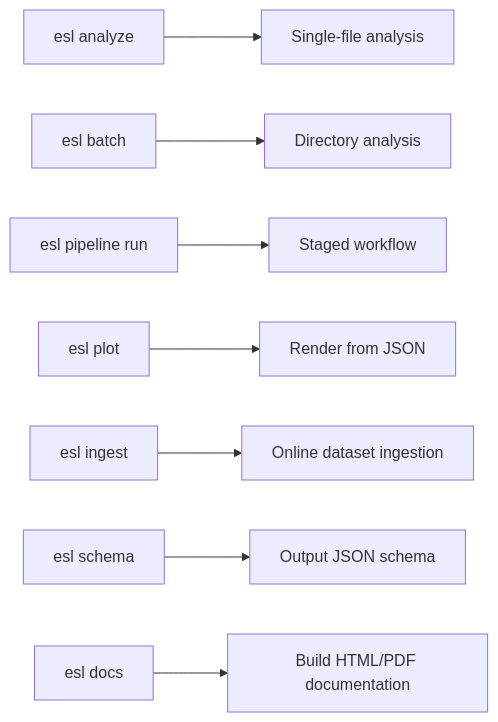
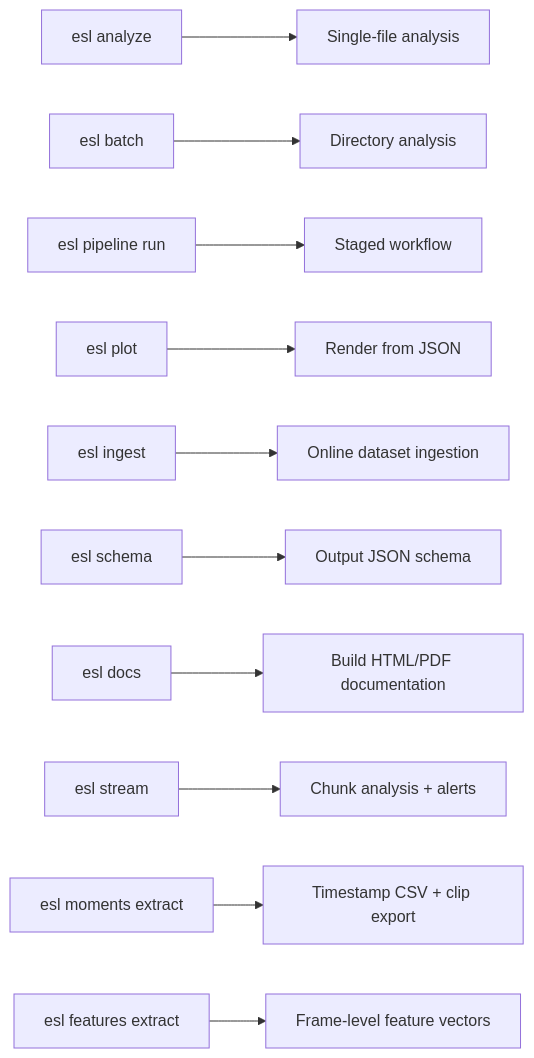
The fourth of 9 diagrams in README.md (TheColby/ecoSignalLab), drawn with Mermaid before and after one commit. The commit also changed other lines of this file and 20 other files, not shown here.

````diff
--- a/README.md
+++ b/README.md
@@ -105,10 +106,13 @@
 ```mermaid
 flowchart LR
     A["esl analyze"] --> A1["Single-file analysis"]
     B["esl batch"] --> B1["Directory analysis"]
     C["esl pipeline run"] --> C1["Staged workflow"]
     D["esl plot"] --> D1["Render from JSON"]
     E["esl ingest"] --> E1["Online dataset ingestion"]
     F["esl schema"] --> F1["Output JSON schema"]
     G["esl docs"] --> G1["Build HTML/PDF documentation"]
+    H["esl stream"] --> H1["Chunk analysis + alerts"]
+    I["esl moments extract"] --> I1["Timestamp CSV + clip export"]
+    J["esl features extract"] --> J1["Frame-level feature vectors"]
 ```
````
